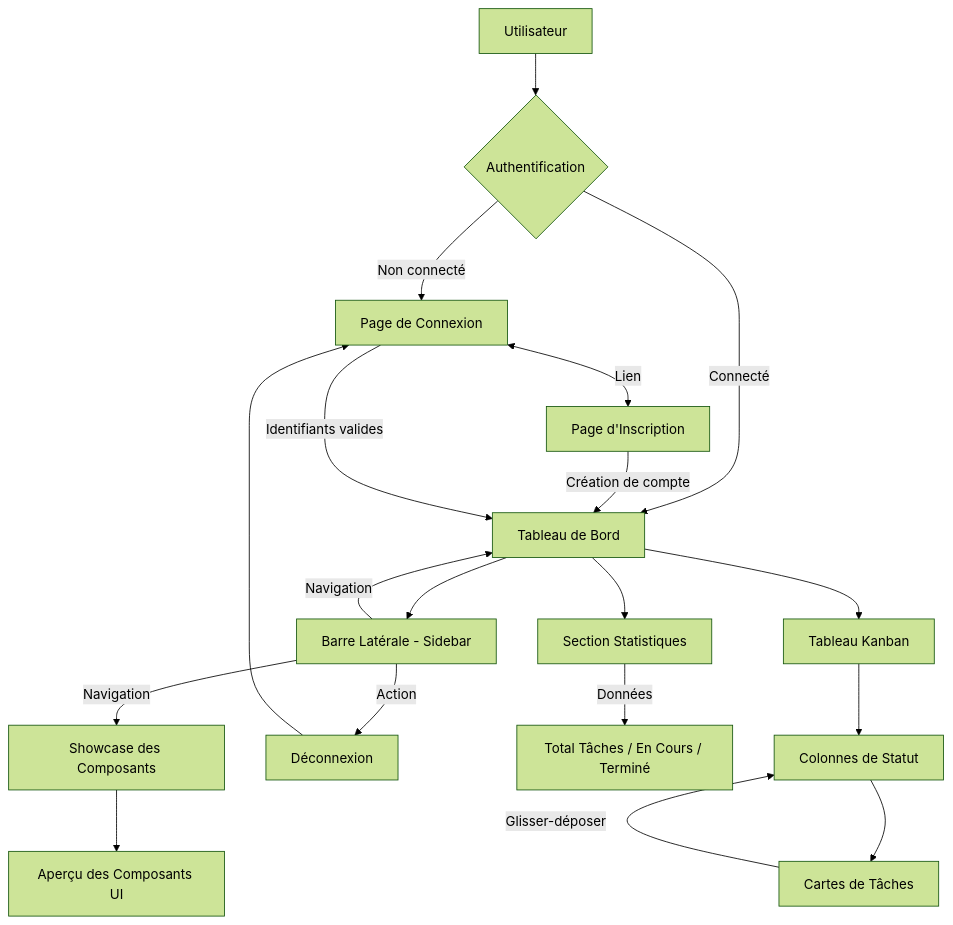
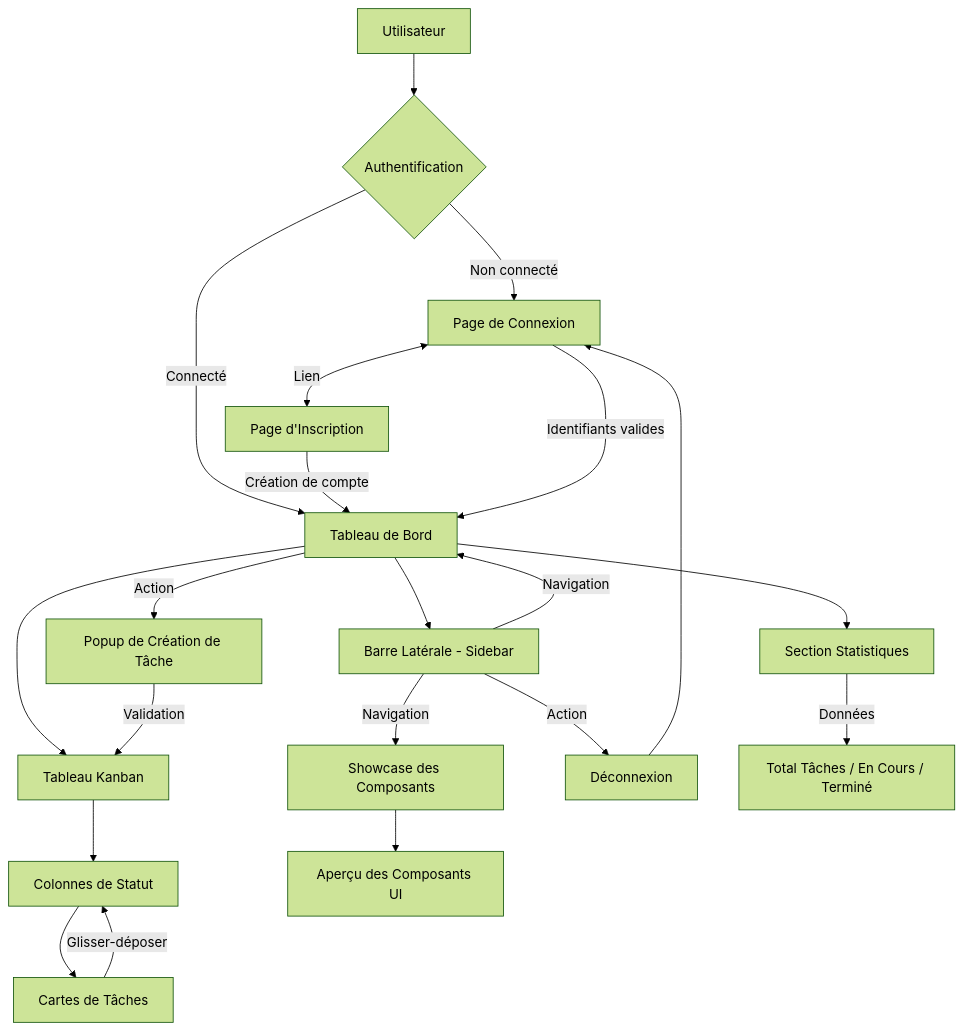
The diagram in diagramme_fonctionnel.md (AkramMoussaoui/taskflow-front), drawn with Mermaid (forest theme) before and after one commit. The commit also changed other lines of this file and 4 other files, not shown here.

Commit message:
feat: Implement new task creation dialog and dashboard page, add functional diagram, and update related documentation.

````diff
--- a/diagramme_fonctionnel.md
+++ b/diagramme_fonctionnel.md
@@ -10,29 +10,31 @@
 ```mermaid
 graph TD
     A[Utilisateur] --> B{Authentification}
     B -->|Non connecté| C[Page de Connexion]
     B -->|Connecté| D[Tableau de Bord]
     
     C <-->|Lien| Signup[Page d'Inscription]
     Signup -->|Création de compte| D
     
     C -->|Identifiants valides| D
     
     D --> E[Barre Latérale - Sidebar]
     D --> F[Section Statistiques]
     D --> G[Tableau Kanban]
+    D -->|Action| CT[Popup de Création de Tâche]
+    CT -->|Validation| G
     
     E -->|Navigation| D
     E -->|Navigation| H[Showcase des Composants]
     E -->|Action| I[Déconnexion]
     
     F -->|Données| J[Total Tâches / En Cours / Terminé]
     
     G --> K[Colonnes de Statut]
     K --> L[Cartes de Tâches]
     L -->|Glisser-déposer| K
     
     H --> M[Aperçu des Composants UI]
     
     I --> C
 ```
````
